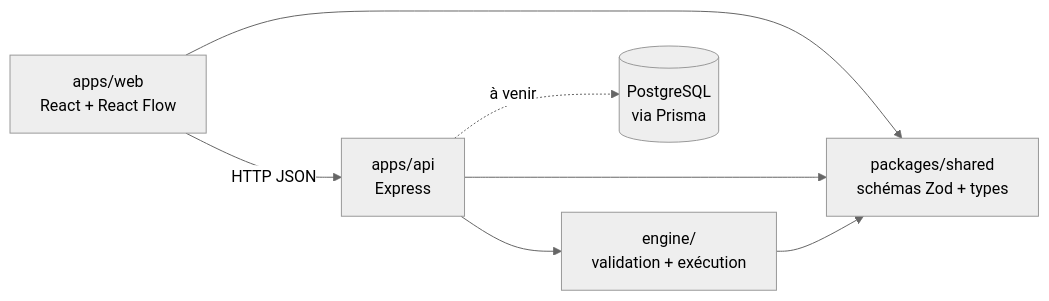
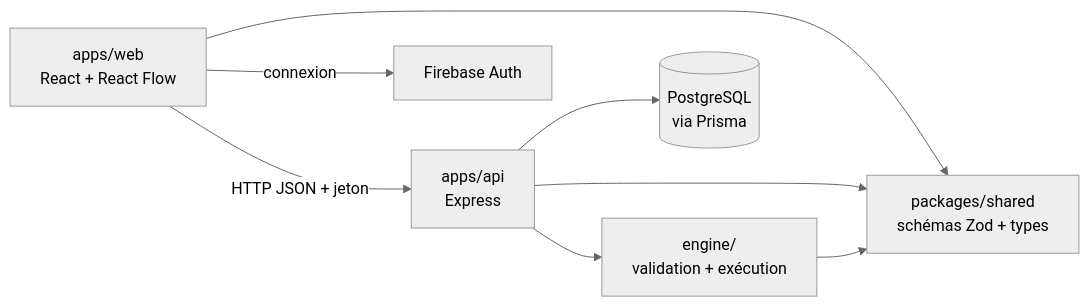
The first of 4 diagrams in docs/architecture.md (LePo0/FlowOps), drawn with Mermaid (neutral theme) before and after one commit. The commit also changed other lines of this file and 2 other files, not shown here.

Commit message:
docs: document Firebase authentication and complete roadmap step 4

````diff
--- a/docs/architecture.md
+++ b/docs/architecture.md
@@ -9,9 +9,10 @@
 ```mermaid
 flowchart LR
-  Web["apps/web<br/>React + React Flow"] -->|HTTP JSON| Api["apps/api<br/>Express"]
+  Web["apps/web<br/>React + React Flow"] -->|HTTP JSON + jeton| Api["apps/api<br/>Express"]
+  Web -->|connexion| Auth["Firebase Auth"]
   Api --> Engine["engine/<br/>validation + exécution"]
-  Api -.->|à venir| Db[("PostgreSQL<br/>via Prisma")]
+  Api --> Db[("PostgreSQL<br/>via Prisma")]
   Web --> Shared["packages/shared<br/>schémas Zod + types"]
   Api --> Shared
   Engine --> Shared
 ```
````
